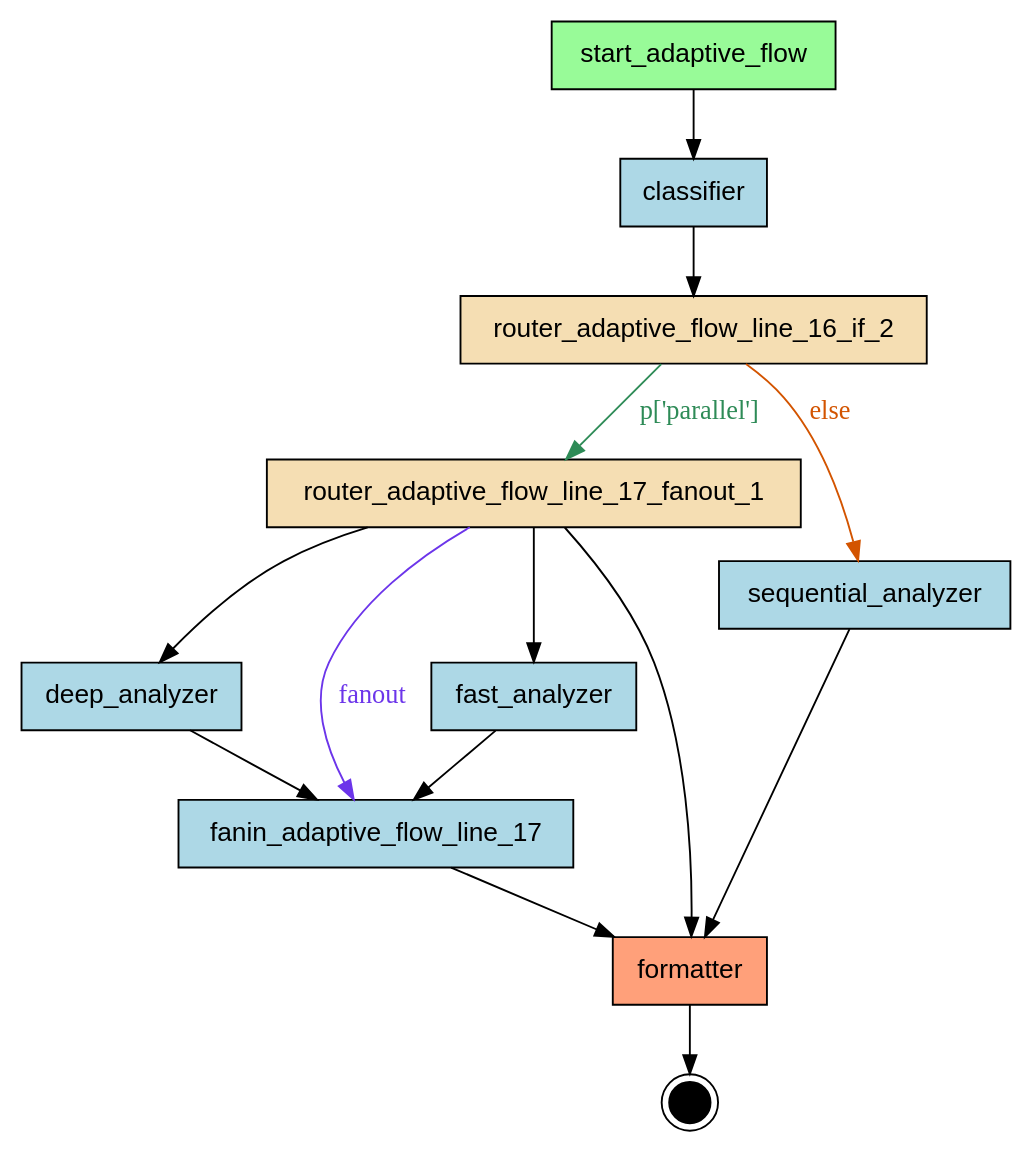
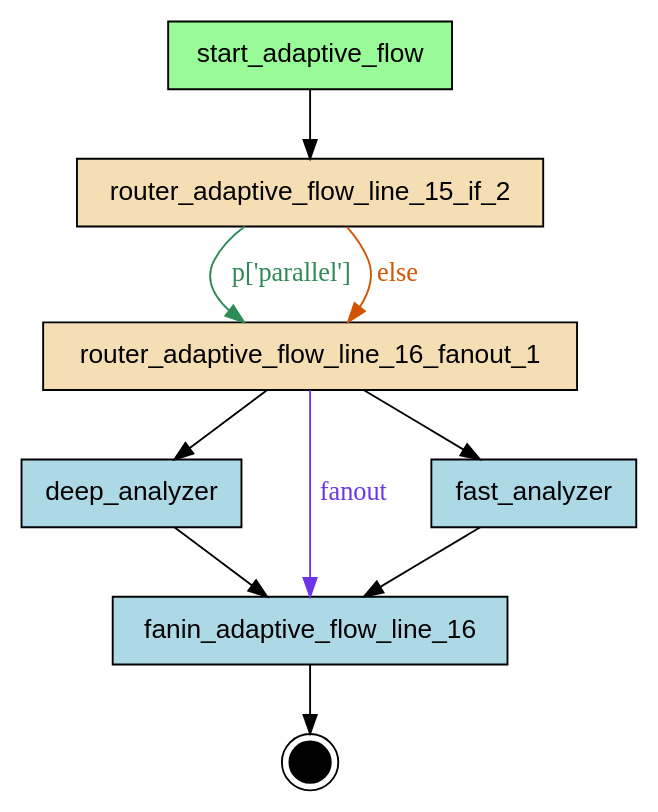
The diagram in examples/flows/compiled/fanout_conditional/flow.dot (deliveryhero/asya), drawn with Graphviz before and after one commit. The commit also changed 1203 other files, not shown here.

```diff
--- a/examples/flows/compiled/fanout_conditional/flow.dot
+++ b/examples/flows/compiled/fanout_conditional/flow.dot
@@ -1,32 +1,25 @@
 digraph "adaptive_flow" {
     rankdir=TB;
     node [shape=box, style=filled, fontname="Helvetica"];
 
     { rank=source; start_adaptive_flow; }
 
-    classifier [label="classifier", fillcolor=lightblue];
     deep_analyzer [label="deep_analyzer", fillcolor=lightblue];
-    fanin_adaptive_flow_line_17 [label="fanin_adaptive_flow_line_17", fillcolor=lightblue];
+    fanin_adaptive_flow_line_16 [label="fanin_adaptive_flow_line_16", fillcolor=lightblue];
     fast_analyzer [label="fast_analyzer", fillcolor=lightblue];
-    formatter [label="formatter", fillcolor=lightsalmon];
-    router_adaptive_flow_line_16_if_2 [label="router_adaptive_flow_line_16_if_2", fillcolor=wheat];
-    router_adaptive_flow_line_17_fanout_1 [label="router_adaptive_flow_line_17_fanout_1", fillcolor=wheat];
-    sequential_analyzer [label="sequential_analyzer", fillcolor=lightblue];
+    router_adaptive_flow_line_15_if_2 [label="router_adaptive_flow_line_15_if_2", fillcolor=wheat];
+    router_adaptive_flow_line_16_fanout_1 [label="router_adaptive_flow_line_16_fanout_1", fillcolor=wheat];
     start_adaptive_flow [label="start_adaptive_flow", fillcolor=palegreen];
 
     __end__ [label="", shape=doublecircle, fillcolor=black, width=0.3, fixedsize=true];
 
-    start_adaptive_flow -> classifier;
-    classifier -> router_adaptive_flow_line_16_if_2;
-    router_adaptive_flow_line_17_fanout_1 -> fanin_adaptive_flow_line_17 [label="fanout", color="#6C35EA", fontcolor="#6C35EA"];
-    router_adaptive_flow_line_17_fanout_1 -> fast_analyzer;
-    fast_analyzer -> fanin_adaptive_flow_line_17;
-    router_adaptive_flow_line_17_fanout_1 -> deep_analyzer;
-    deep_analyzer -> fanin_adaptive_flow_line_17;
-    router_adaptive_flow_line_16_if_2 -> router_adaptive_flow_line_17_fanout_1 [label="p['parallel']", color="#2E8B57", fontcolor="#2E8B57"];
-    router_adaptive_flow_line_17_fanout_1 -> formatter;
-    router_adaptive_flow_line_16_if_2 -> sequential_analyzer [label="else", color="#D35400", fontcolor="#D35400"];
-    sequential_analyzer -> formatter;
-    fanin_adaptive_flow_line_17 -> formatter;
-    formatter -> __end__;
+    start_adaptive_flow -> router_adaptive_flow_line_15_if_2;
+    router_adaptive_flow_line_16_fanout_1 -> fanin_adaptive_flow_line_16 [label="fanout", color="#6C35EA", fontcolor="#6C35EA"];
+    router_adaptive_flow_line_16_fanout_1 -> fast_analyzer;
+    fast_analyzer -> fanin_adaptive_flow_line_16;
+    router_adaptive_flow_line_16_fanout_1 -> deep_analyzer;
+    deep_analyzer -> fanin_adaptive_flow_line_16;
+    router_adaptive_flow_line_15_if_2 -> router_adaptive_flow_line_16_fanout_1 [label="p['parallel']", color="#2E8B57", fontcolor="#2E8B57"];
+    router_adaptive_flow_line_15_if_2 -> router_adaptive_flow_line_16_fanout_1 [label="else", color="#D35400", fontcolor="#D35400"];
+    fanin_adaptive_flow_line_16 -> __end__;
 }
```
